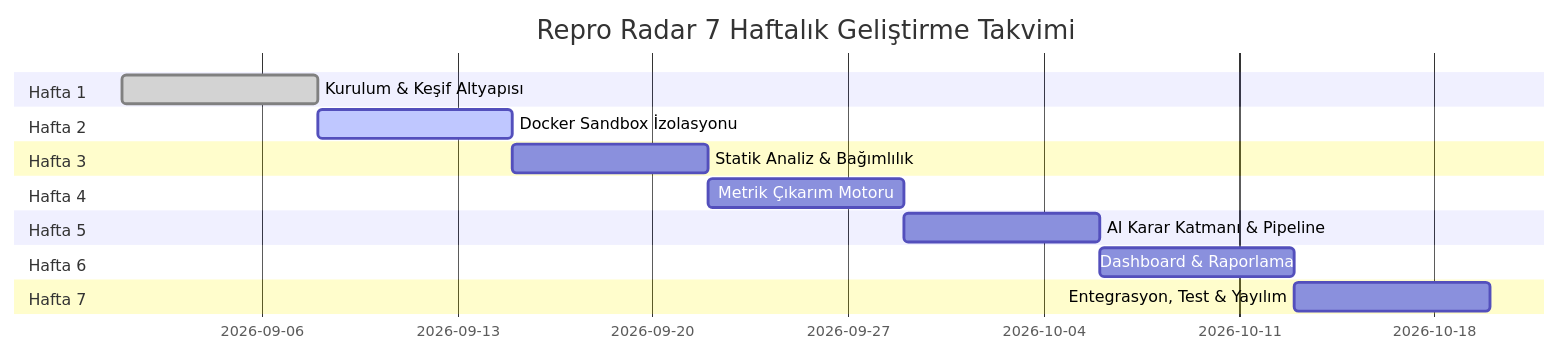
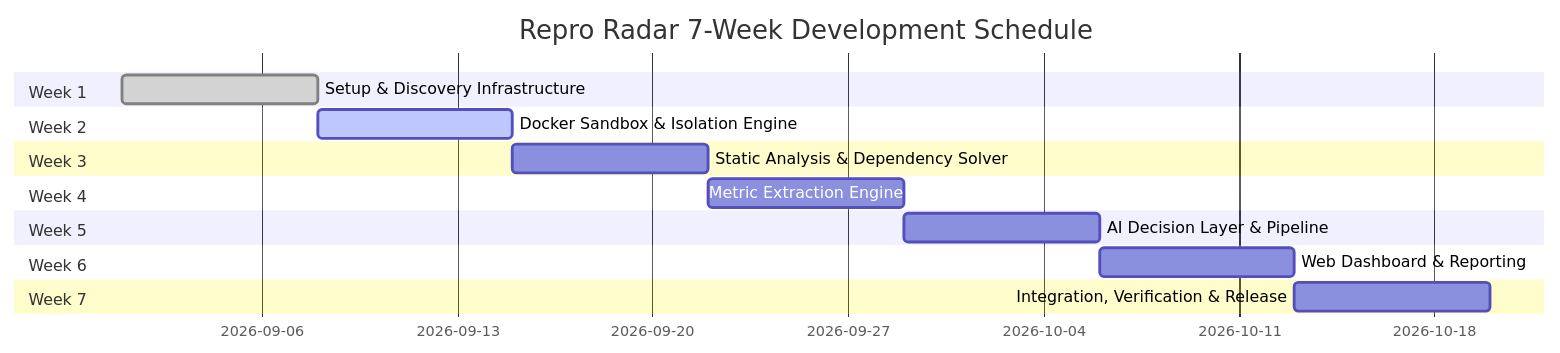
One commit to yusufkartal0009-eng/appendix_controller_for_articles changed the diagram in docs/project_roadmap.md. Above: the diagram before and after it, drawn with Mermaid. The commit also changed other lines of this file and 10 other files, not shown here.

````diff
--- a/docs/project_roadmap.md
+++ b/docs/project_roadmap.md
@@ -7,19 +7,19 @@
 ```mermaid
 gantt
-    title Repro Radar 7 Haftalık Geliştirme Takvimi
+    title Repro Radar 7-Week Development Schedule
     dateFormat  YYYY-MM-DD
-    section Hafta 1
-    Kurulum & Keşif Altyapısı        :done, h1, 2026-09-01, 7d
-    section Hafta 2
-    Docker Sandbox İzolasyonu        :active, h2, 2026-09-08, 7d
-    section Hafta 3
-    Statik Analiz & Bağımlılık       :h3, 2026-09-15, 7d
-    section Hafta 4
-    Metrik Çıkarım Motoru            :h4, 2026-09-22, 7d
-    section Hafta 5
-    AI Karar Katmanı & Pipeline      :h5, 2026-09-29, 7d
-    section Hafta 6
-    Dashboard & Raporlama            :h6, 2026-10-06, 7d
-    section Hafta 7
-    Entegrasyon, Test & Yayılım      :h7, 2026-10-13, 7d
+    section Week 1
+    Setup & Discovery Infrastructure :done, w1, 2026-09-01, 7d
+    section Week 2
+    Docker Sandbox & Isolation Engine:active, w2, 2026-09-08, 7d
+    section Week 3
+    Static Analysis & Dependency Solver:w3, 2026-09-15, 7d
+    section Week 4
+    Metric Extraction Engine         :w4, 2026-09-22, 7d
+    section Week 5
+    AI Decision Layer & Pipeline     :w5, 2026-09-29, 7d
+    section Week 6
+    Web Dashboard & Reporting        :w6, 2026-10-06, 7d
+    section Week 7
+    Integration, Verification & Release:w7, 2026-10-13, 7d
 ```
````
